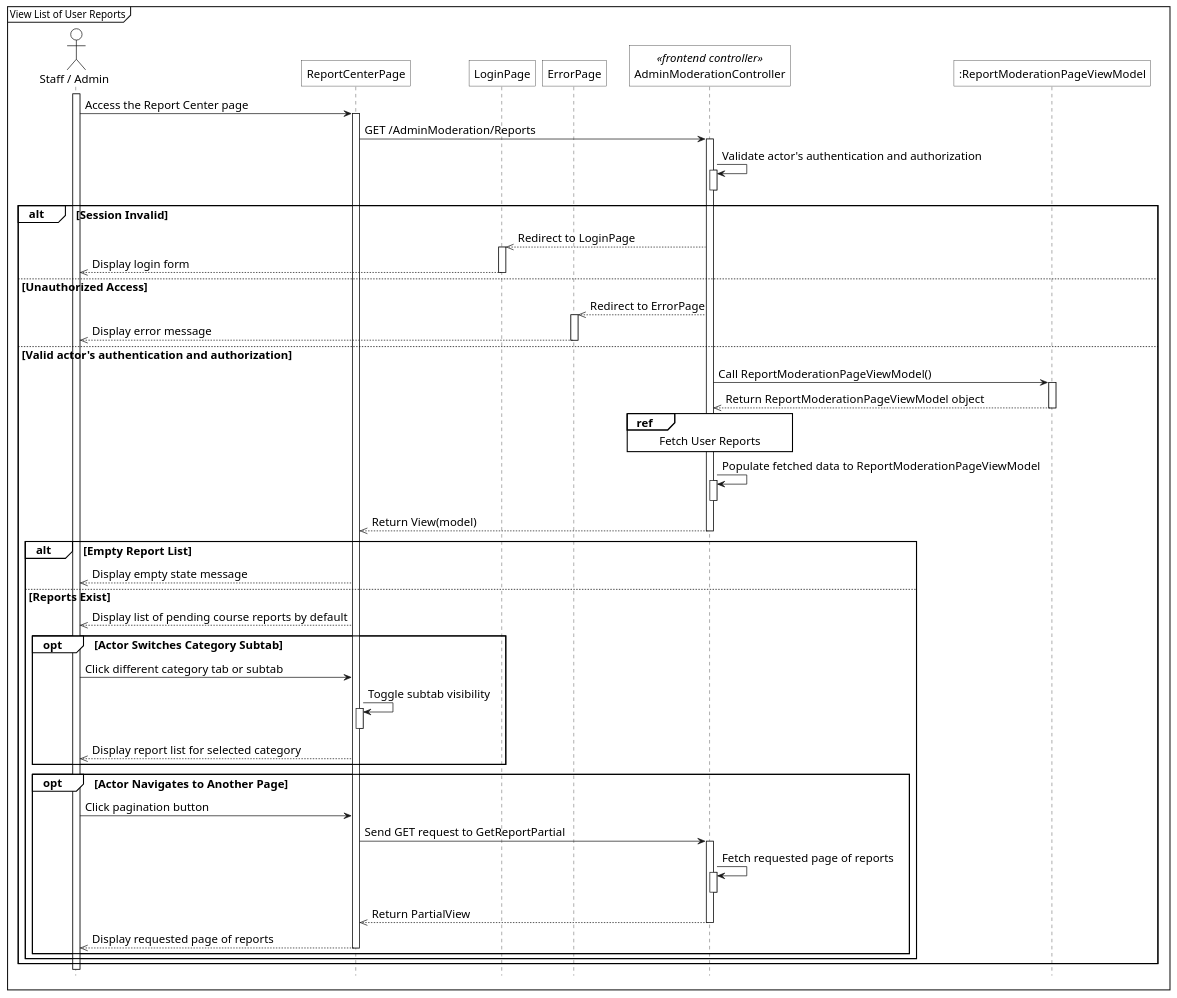
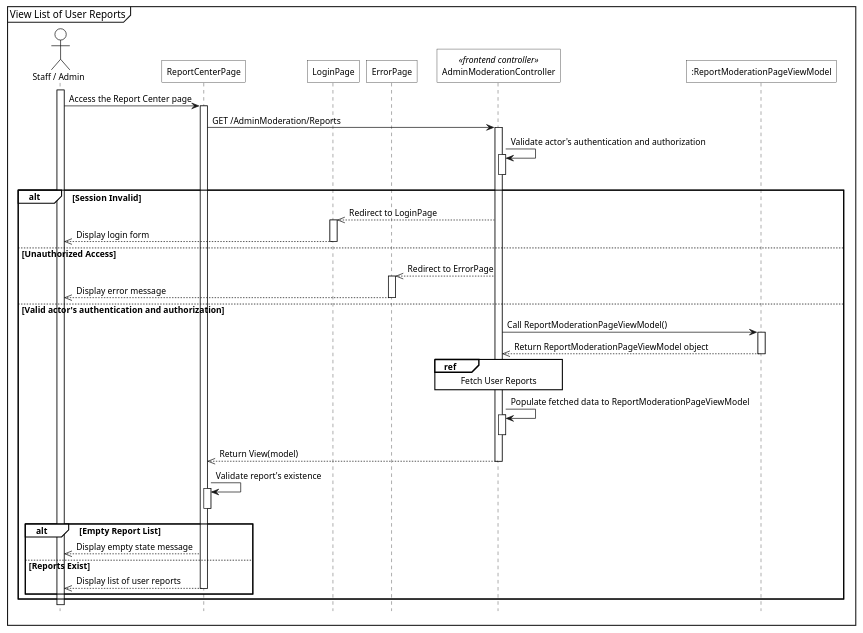
The diagram in diagrams/sequence/report/view_list_of_user_report/sq_view_list_of_user_reports.plantuml (1000do/Linked), drawn with PlantUML before and after one commit. The commit also changed 22 other files, not shown here.

Commit message:
update sequence of report, models, publish course

```diff
--- a/diagrams/sequence/report/view_list_of_user_report/sq_view_list_of_user_reports.plantuml
+++ b/diagrams/sequence/report/view_list_of_user_report/sq_view_list_of_user_reports.plantuml
@@ -1,99 +1,85 @@
 @startuml 
 <style>
     sequenceDiagram{
-        FontSize 16
+        FontSize 12
 
         arrow {
             ' Set the maximum width of the text on arrows
             MaximumWidth 300
 
         }
         actor{
             BackgroundColor white
             LineThickness 1.0
         }
         participant{
             BackgroundColor white
             RoundCorner 0
         }
         database{
             BackgroundColor white
         }
         groupHeader{
             BackgroundColor white
         }
         referenceHeader{
             BackgroundColor white
         }
         reference{
             BackgroundColor white
         }
     }
 </style>
 
 hide footbox
 mainframe View List of User Reports
 
 actor "Staff / Admin" as act
 participant "ReportCenterPage" as view
 participant "LoginPage" as login_view
 participant "ErrorPage" as error_view
 participant "AdminModerationController" as fe_ctrl <<frontend controller>>
 participant ":ReportModerationPageViewModel" as view_model
 ' participant "AdminModerationController" as be_ctrl <<backend controller>>
 ' participant ":IReportModerationService" as sv
 ' participant ":CourseReportDetailResponse" as c_res
 ' participant ":ReviewReportDetailResponse" as r_res
 ' participant ":IReportRepository" as repo
 ' participant ":AppDbContext" as ctx
 ' database Database as db
 
 act ++
 act -> view++: Access the Report Center page
 view -> fe_ctrl++: GET /AdminModeration/Reports
 
 fe_ctrl -> fe_ctrl++: Validate actor's authentication and authorization
 fe_ctrl--
 
 alt Session Invalid
     fe_ctrl -->> login_view: Redirect to LoginPage
     activate login_view
     login_view -->> act--: Display login form
 else Unauthorized Access
     fe_ctrl -->> error_view: Redirect to ErrorPage
     activate error_view
     error_view -->> act--: Display error message
 else Valid actor's authentication and authorization
     fe_ctrl -> view_model++: Call ReportModerationPageViewModel()
     view_model -->> fe_ctrl--: Return ReportModerationPageViewModel object
     
     ref over fe_ctrl: Fetch User Reports
     
     fe_ctrl -> fe_ctrl++: Populate fetched data to ReportModerationPageViewModel
     fe_ctrl--
     
     fe_ctrl -->> view--: Return View(model)
-    
+    view -> view++: Validate report's existence
+    view--
     alt Empty Report List
         view -->> act: Display empty state message
     else Reports Exist
-        view -->> act: Display list of pending course reports by default
+        view -->> act--: Display list of user reports
         
-        opt Actor Switches Category Subtab
-            act -> view: Click different category tab or subtab
-            view -> view++: Toggle subtab visibility
-            view--
-            view -->> act: Display report list for selected category
-        end
-        
-        opt Actor Navigates to Another Page
-            act -> view: Click pagination button
-            view -> fe_ctrl++: Send GET request to GetReportPartial
-            fe_ctrl -> fe_ctrl++: Fetch requested page of reports
-            fe_ctrl--
-            fe_ctrl -->> view--: Return PartialView
-            view -->> act--: Display requested page of reports
-        end
     end
 end
 @enduml
```
